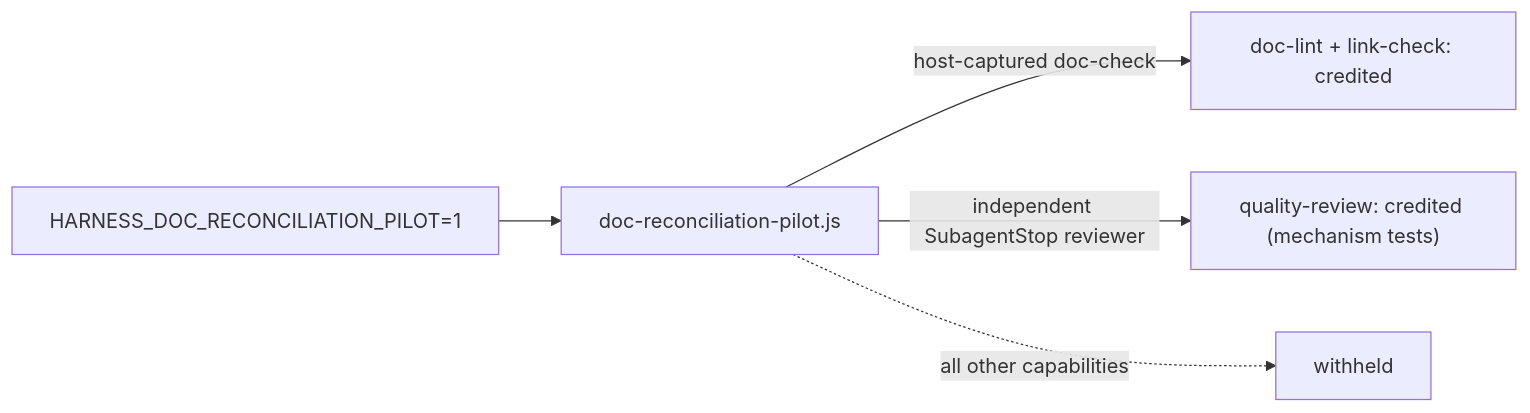
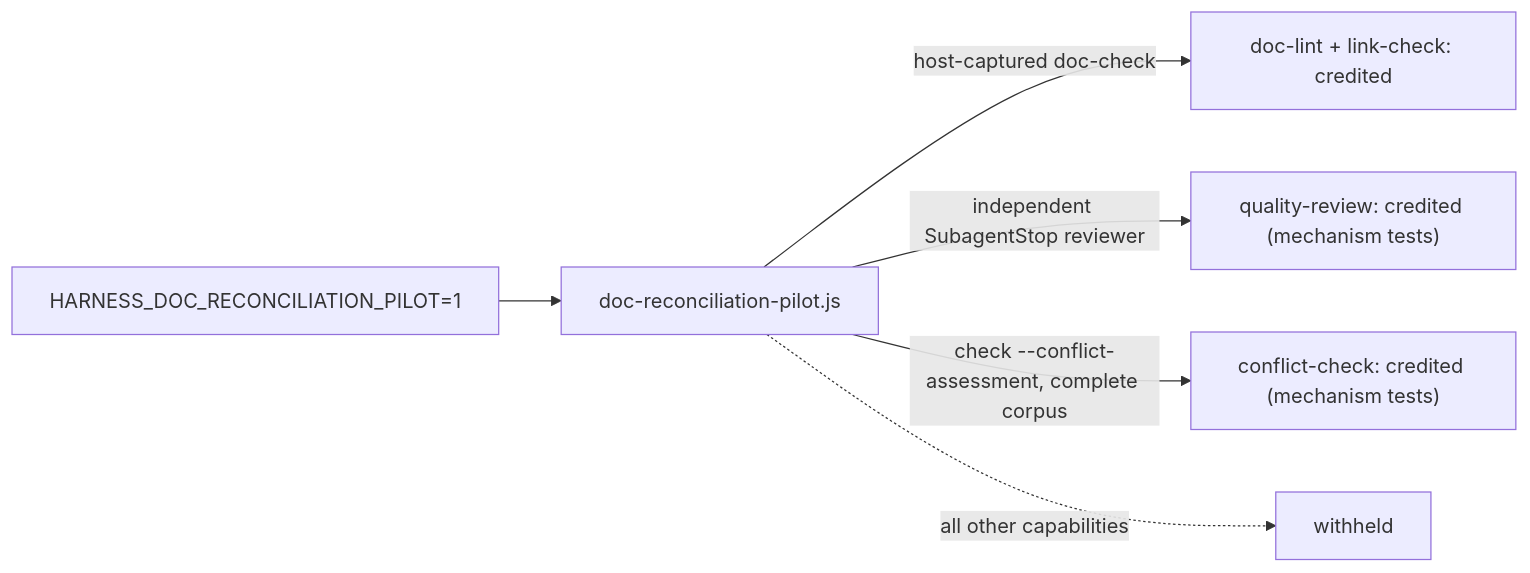
Before and after one commit to dyphn1/Harness-everything: the diagram in docs/adr/DOCS-006-reconciliation-pilot.md, drawn with Mermaid. The commit also changed other lines of this file, not shown here.

First line of the commit message:
docs(adr): record conflict-check credit in the pilot decision

````diff
--- a/docs/adr/DOCS-006-reconciliation-pilot.md
+++ b/docs/adr/DOCS-006-reconciliation-pilot.md
@@ -16,7 +18,8 @@
 ```mermaid
 flowchart LR
   E["HARNESS_DOC_RECONCILIATION_PILOT=1"] --> P["doc-reconciliation-pilot.js"]
   P -->|"host-captured doc-check"| L["doc-lint + link-check: credited"]
   P -->|"independent SubagentStop reviewer"| Q["quality-review: credited (mechanism tests)"]
+  P -->|"check --conflict-assessment, complete corpus"| C["conflict-check: credited (mechanism tests)"]
   P -. "all other capabilities" .-> W["withheld"]
 ```
````
